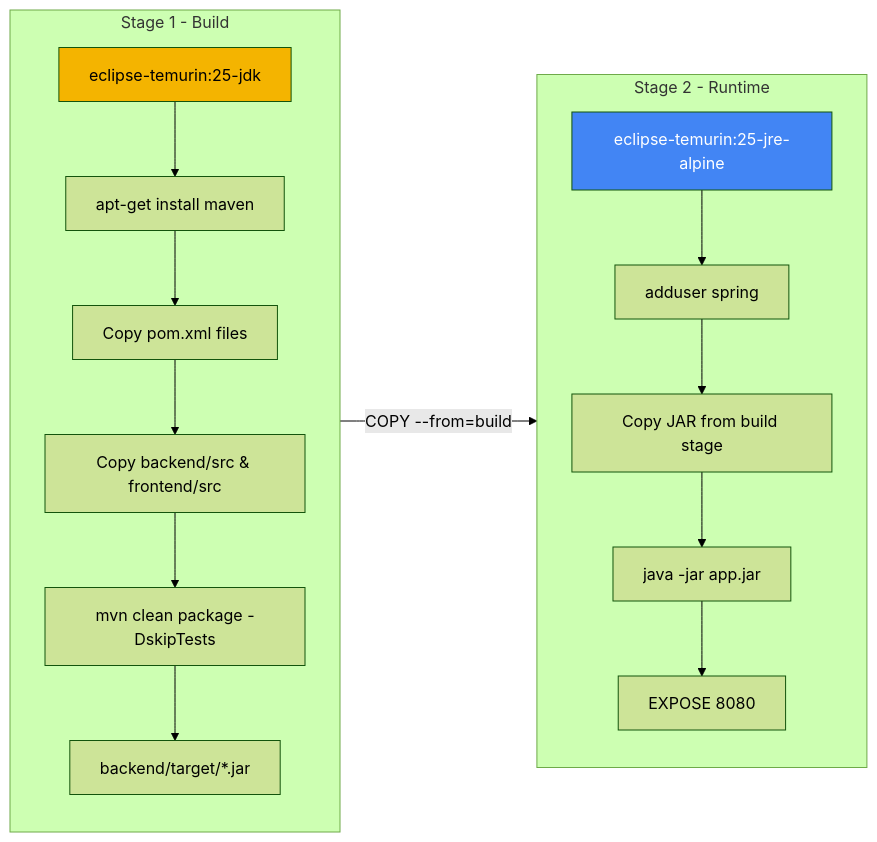
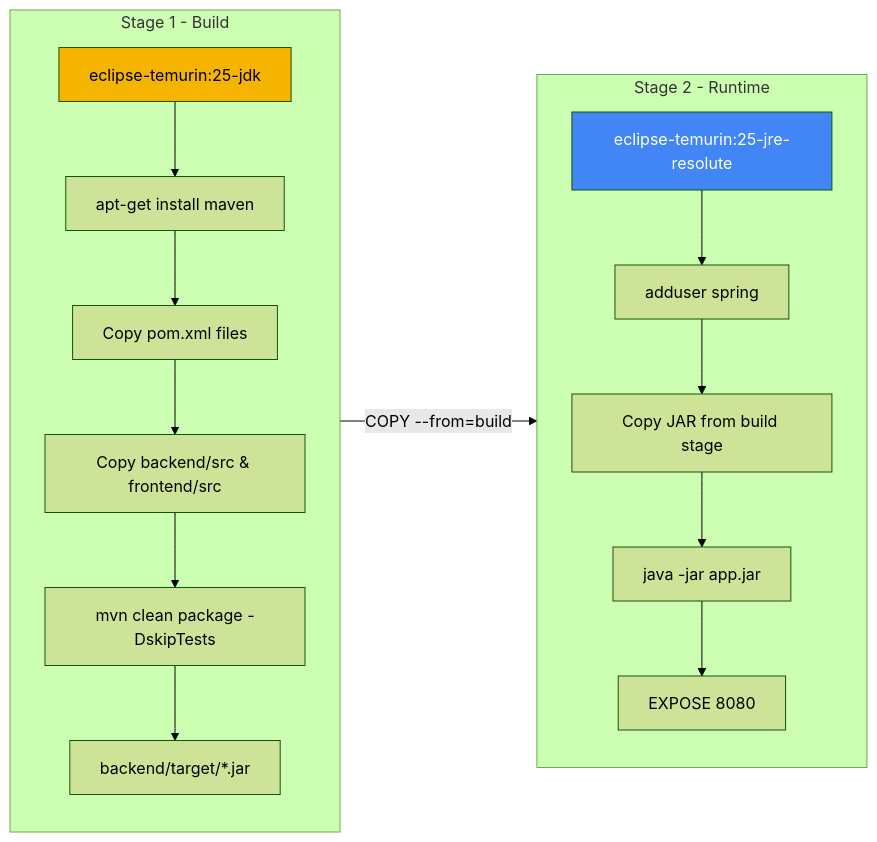
The second of 5 diagrams in docs/architecture/deployment.md (fjs-org/DocumentManager), drawn with Mermaid (forest theme) before and after one commit. The commit also changed other lines of this file and 2 other files, not shown here.

Commit message:
install-tess-lib-eng-traindata-via-Dockerfile

````diff
--- a/docs/architecture/deployment.md
+++ b/docs/architecture/deployment.md
@@ -48,31 +48,31 @@
 ```mermaid
 flowchart LR
     subgraph "Stage 1 - Build"
         direction TB
         Base1[eclipse-temurin:25-jdk]
         AptMaven[apt-get install maven]
         CopyPom[Copy pom.xml files]
         CopySrc[Copy backend/src & frontend/src]
         MvnBuild[mvn clean package -DskipTests]
         JAR[backend/target/*.jar]
 
         Base1 --> AptMaven --> CopyPom --> CopySrc --> MvnBuild --> JAR
     end
 
     subgraph "Stage 2 - Runtime"
         direction TB
-        Base2[eclipse-temurin:25-jre-alpine]
+        Base2[eclipse-temurin:25-jre-resolute]
         User[adduser spring]
         CopyJar[Copy JAR from build stage]
         Entry[java -jar app.jar]
         Expose[EXPOSE 8080]
 
         Base2 --> User --> CopyJar --> Entry
         Entry --> Expose
     end
 
     JAR -->|COPY --from=build| CopyJar
 
     style Base1 fill:#F4B400,color:#000
     style Base2 fill:#4285F4,color:#fff
 ```
````
